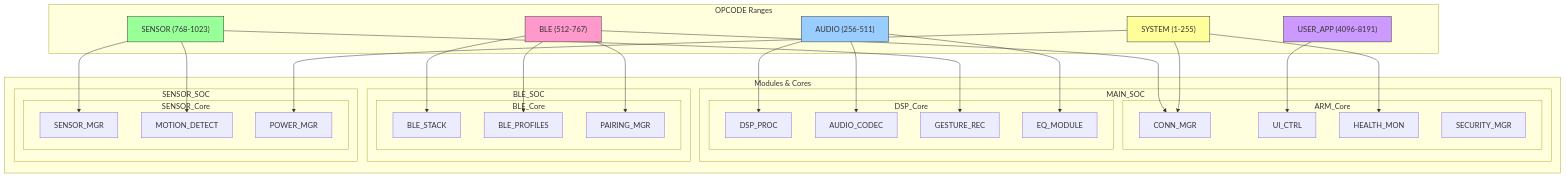
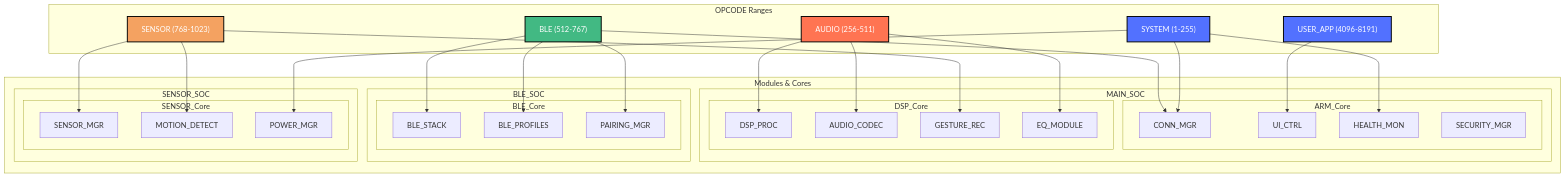
The first of 3 diagrams in docs/2-opcode-messaging-system-config.md (maxim-pain/opcode-messaging-system), drawn with Mermaid before and after one commit. The commit also changed other lines of this file, not shown here.

First line of the commit message:
Update 2-opcode-messaging-system-config.md

````diff
--- a/docs/2-opcode-messaging-system-config.md
+++ b/docs/2-opcode-messaging-system-config.md
@@ -1006,74 +1006,80 @@
 ```mermaid
 flowchart TB
+
+%% Using high-contrast colors that work well on both dark and light backgrounds
+classDef client fill:#5271ff,stroke:#000000,stroke-width:2px,color:#ffffff
+classDef server fill:#ff7452,stroke:#000000,stroke-width:2px,color:#ffffff
+classDef library fill:#42b983,stroke:#000000,stroke-width:2px,color:#ffffff
+classDef tools fill:#f4a261,stroke:#000000,stroke-width:2px,color:#ffffff
+classDef test fill:#8338ec,stroke:#000000,stroke-width:2px,color:#ffffff
+classDef build fill:#8338ec,stroke:#000000,stroke-width:2px,color:#ffffff
+classDef data fill:#42b983,stroke:#000000,stroke-width:2px,color:#ffffff
+classDef engine fill:#5271ff,stroke:#000000,stroke-width:2px,color:#ffffff
+classDef external fill:#ff7452,stroke:#000000,stroke-width:2px,color:#ffffff
+
     subgraph OpcodeRanges["OPCODE Ranges"]
         SYSTEM["SYSTEM (1-255)"]
         AUDIO["AUDIO (256-511)"]
         BLE["BLE (512-767)"]
         SENSOR["SENSOR (768-1023)"]
         USER["USER_APP (4096-8191)"]
     end
 
     subgraph ModulesCores["Modules & Cores"]
         subgraph MAIN_SOC["MAIN_SOC"]
             subgraph ARM_Core["ARM_Core"]
                 CONN["CONN_MGR"]
                 UI["UI_CTRL"]
                 HEALTH["HEALTH_MON"]
                 SEC["SECURITY_MGR"]
             end
             subgraph DSP_Core["DSP_Core"]
                 DSP["DSP_PROC"]
                 CODEC["AUDIO_CODEC"]
                 GESTURE["GESTURE_REC"]
                 EQ["EQ_MODULE"]
             end
         end
 
         subgraph BLE_SOC["BLE_SOC"]
             subgraph BLE_Core["BLE_Core"]
                 BLESTACK["BLE_STACK"]
                 PROFILES["BLE_PROFILES"]
                 PAIRING["PAIRING_MGR"]
             end
         end
 
         subgraph SENSOR_SOC["SENSOR_SOC"]
             subgraph SENSOR_Core["SENSOR_Core"]
                 SENSORMGR["SENSOR_MGR"]
                 MOTION["MOTION_DETECT"]
                 POWER["POWER_MGR"]
             end
         end
     end
 
     SYSTEM --> CONN
     SYSTEM --> HEALTH
     SYSTEM --> POWER
 
     AUDIO --> DSP
     AUDIO --> CODEC
     AUDIO --> EQ
 
     BLE --> CONN
     BLE --> BLESTACK
     BLE --> PROFILES
     BLE --> PAIRING
 
     SENSOR --> SENSORMGR
     SENSOR --> MOTION
     SENSOR --> GESTURE
 
     USER --> UI
 
-    classDef system fill:#ff9,stroke:#333
-    classDef audio fill:#9cf,stroke:#333
-    classDef ble fill:#f9c,stroke:#333
-    classDef sensor fill:#9f9,stroke:#333
-    classDef user fill:#c9f,stroke:#333
-
-    class SYSTEM system
-    class AUDIO audio
-    class BLE ble
-    class SENSOR sensor
-    class USER user
+    class SYSTEM client
+    class AUDIO server
+    class BLE library
+    class SENSOR tools
+    class USER engine
 ```
````
